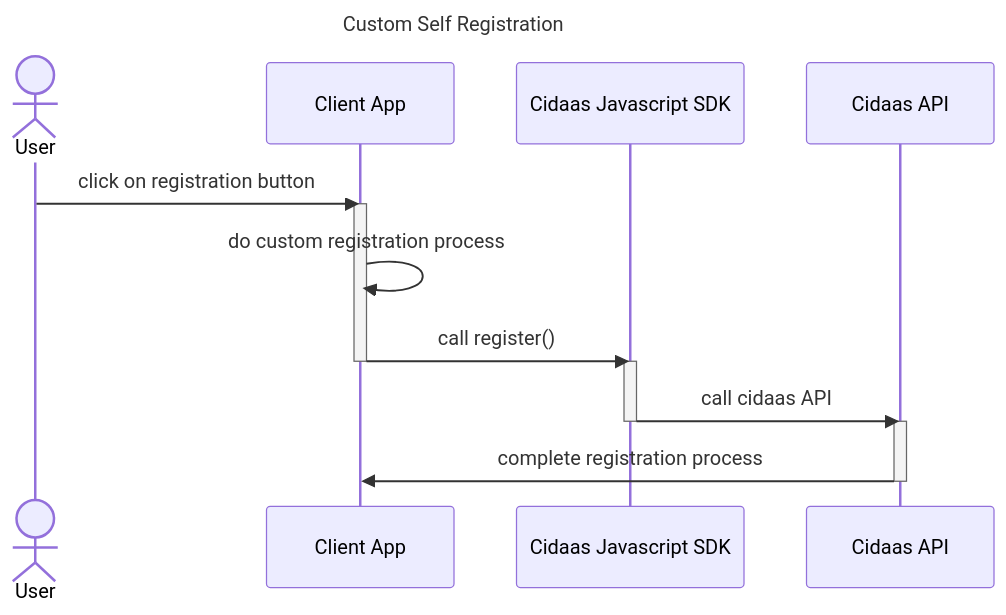
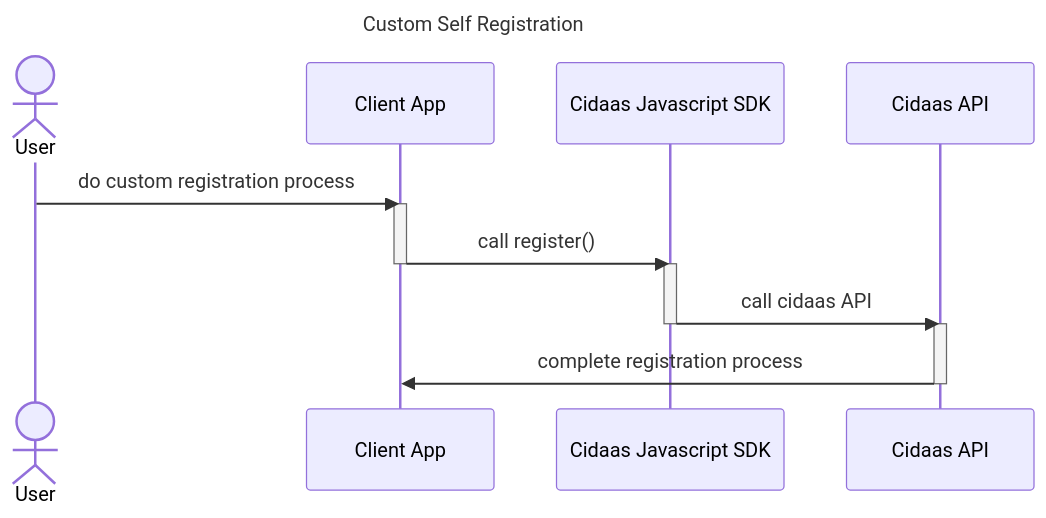
Before and after one commit to cidaas/cidaas-javascript-sdk: the third of 6 diagrams in overview/user-management.md, drawn with Mermaid. The commit also changed other lines of this file and 2 other files, not shown here.

````diff
--- a/overview/user-management.md
+++ b/overview/user-management.md
@@ -80,25 +80,24 @@
 ```mermaid
 ---
 title: Custom Self Registration
 ---
 sequenceDiagram
   Actor User
   participant ClientApp as Client App
   participant CidaasSDK as Cidaas Javascript SDK
   participant CidaasAPI as Cidaas API
 
-User ->> ClientApp: click on registration button
+User ->> ClientApp: do custom registration process
 
 activate ClientApp
-ClientApp ->> ClientApp: do custom registration process
 ClientApp ->> CidaasSDK: call register()
 deactivate ClientApp
 
 activate CidaasSDK
 CidaasSDK ->> CidaasAPI: call cidaas API
 deactivate CidaasSDK
 
 activate CidaasAPI
 CidaasAPI ->> ClientApp: complete registration process
 deactivate CidaasAPI
 ```
````
